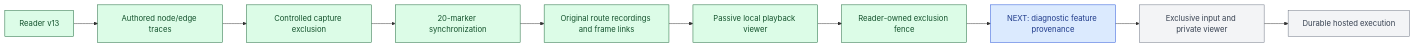
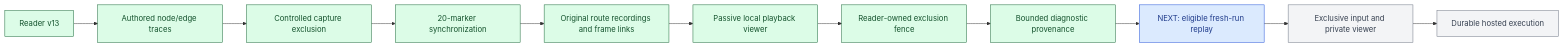
The diagram in docs/development-status.md (jvelezc/ai-screen-reader), drawn with Mermaid before and after one commit. The commit also changed other lines of this file and 15 other files, not shown here.

Commit message:
Link bounded diagnostic feature hypotheses to observed nodes and actual paths

````diff
--- a/docs/development-status.md
+++ b/docs/development-status.md
@@ -27,19 +27,20 @@
 ```mermaid
 flowchart LR
     Reader[Reader v13] --> Trace[Authored node/edge traces]
     Trace --> Privacy[Controlled capture exclusion]
     Privacy --> Timing[20-marker synchronization]
     Timing --> Recording[Original route recordings and frame links]
     Recording --> Viewer[Passive local playback viewer]
     Viewer --> ReaderGate[Reader-owned exclusion fence]
-    ReaderGate --> Next[NEXT: diagnostic feature provenance]
+    ReaderGate --> Features[Bounded diagnostic provenance]
+    Features --> Next[NEXT: eligible fresh-run replay]
     Next --> Control[Exclusive input and private viewer]
     Control --> Durable[Durable hosted execution]
     classDef done fill:#dcfce7,stroke:#166534,color:#14532d
     classDef next fill:#dbeafe,stroke:#1d4ed8,color:#1e3a8a
     classDef planned fill:#f3f4f6,stroke:#6b7280,color:#374151
-    class Reader,Trace,Privacy,Timing,Recording,Viewer,ReaderGate done
+    class Reader,Trace,Privacy,Timing,Recording,Viewer,ReaderGate,Features done
     class Next next
     class Control,Durable planned
-    click Next "decisions/0024-reader-capture-exclusion.md#next-diagnostic-feature-provenance"
+    click Next "decisions/0025-diagnostic-feature-provenance.md#next-eligible-fresh-run-replay"
 ```
````
